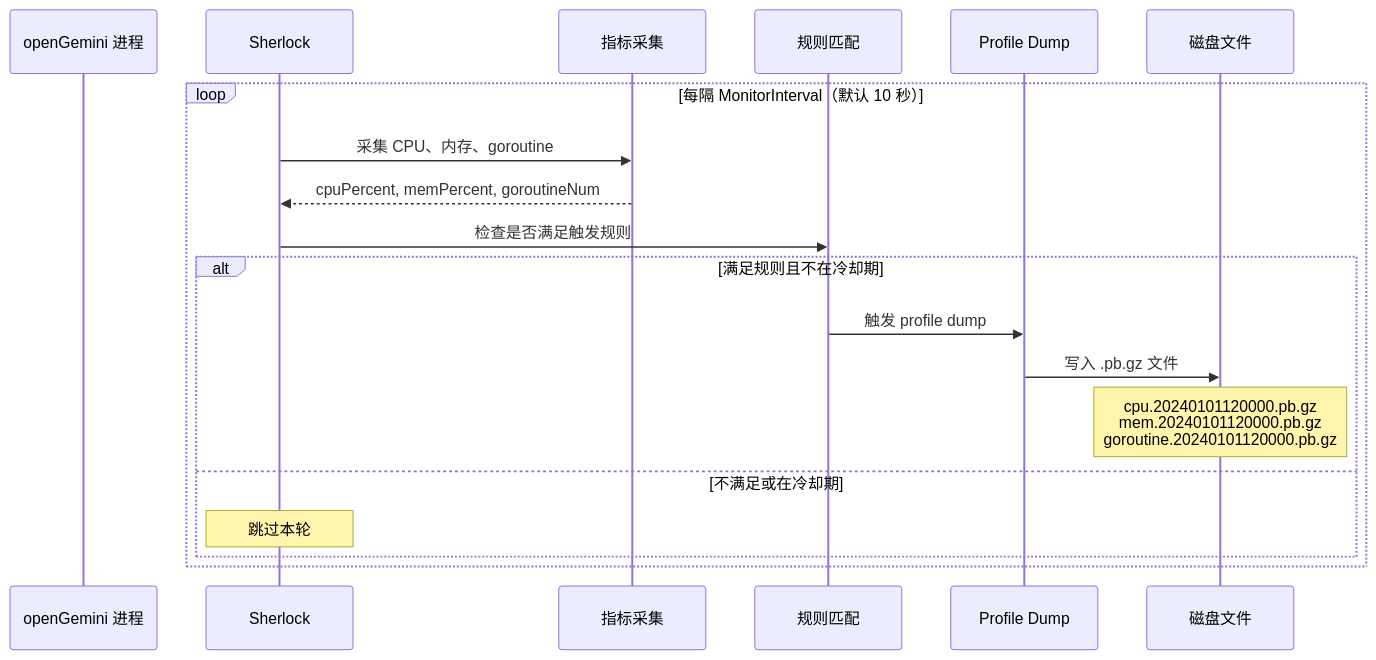
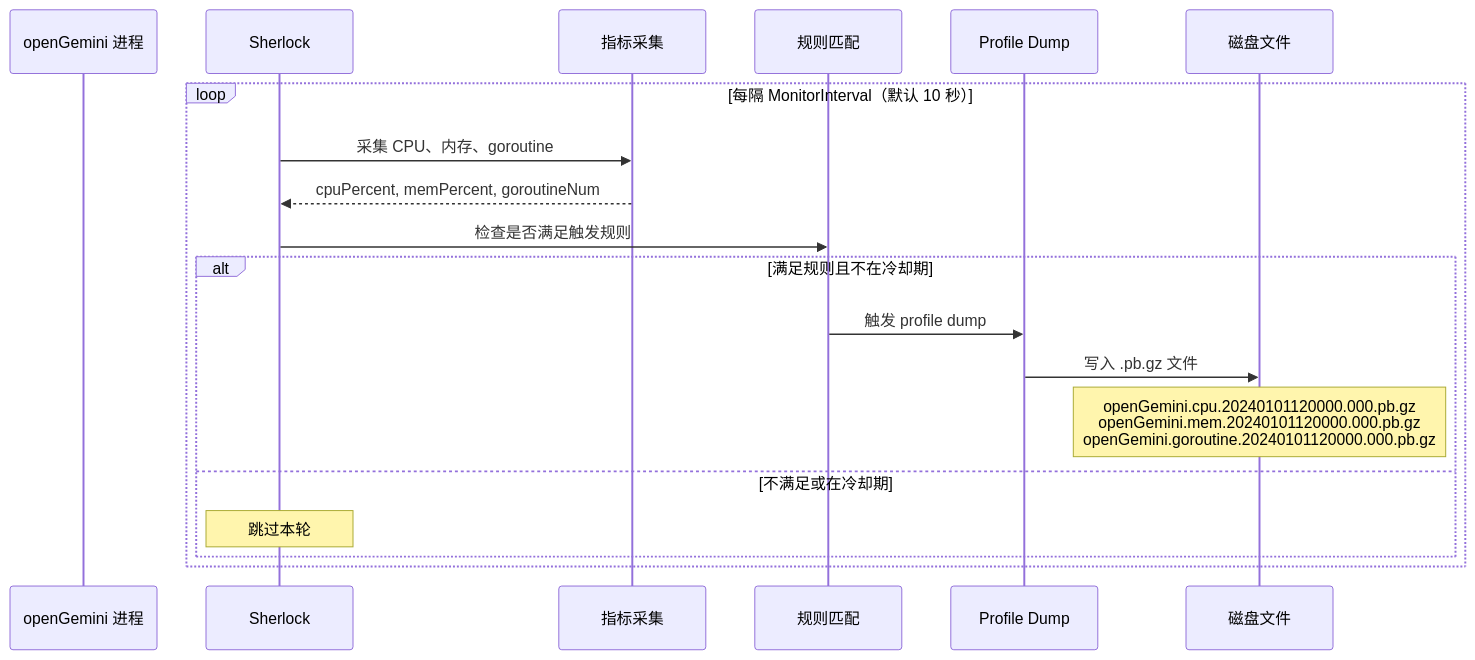
Before and after one commit to stefanv5/openGemini: the first of 8 diagrams in docs/specs/37_sherlock_profiler_spec.md, drawn with Mermaid. The commit also changed other lines of this file and 37 other files, not shown here.

````diff
--- a/docs/specs/37_sherlock_profiler_spec.md
+++ b/docs/specs/37_sherlock_profiler_spec.md
@@ -9,24 +11,24 @@
 ```mermaid
 sequenceDiagram
     participant App as openGemini 进程
     participant S as Sherlock
     participant Metrics as 指标采集
     participant Rule as 规则匹配
     participant Dump as Profile Dump
     participant Disk as 磁盘文件
 
     loop 每隔 MonitorInterval（默认 10 秒）
         S->>Metrics: 采集 CPU、内存、goroutine
         Metrics-->>S: cpuPercent, memPercent, goroutineNum
 
         S->>Rule: 检查是否满足触发规则
 
         alt 满足规则且不在冷却期
             Rule->>Dump: 触发 profile dump
             Dump->>Disk: 写入 .pb.gz 文件
-            Note over Disk: cpu.20240101120000.pb.gz<br/>mem.20240101120000.pb.gz<br/>goroutine.20240101120000.pb.gz
+            Note over Disk: openGemini.cpu.20240101120000.000.pb.gz<br/>openGemini.mem.20240101120000.000.pb.gz<br/>openGemini.goroutine.20240101120000.000.pb.gz
         else 不满足或在冷却期
             Note over S: 跳过本轮
         end
     end
 ```
````
